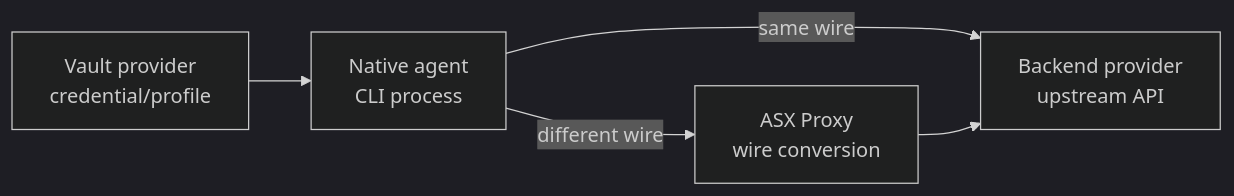
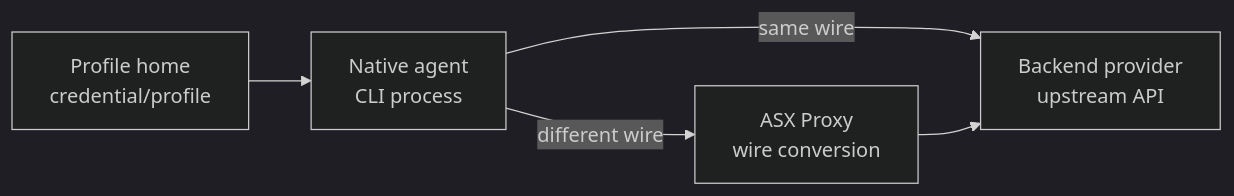
The first of 2 diagrams in docs/ADDING_AGENT_OR_PROVIDER.md (enif-lee/asx), drawn with Mermaid (dark theme) before and after one commit. The commit also changed other lines of this file and 32 other files, not shown here.

````diff
--- a/docs/ADDING_AGENT_OR_PROVIDER.md
+++ b/docs/ADDING_AGENT_OR_PROVIDER.md
@@ -7,11 +7,11 @@
 ```mermaid
 flowchart LR
-  Vault["Vault provider<br/>credential/profile"]
+  Profile["Profile home<br/>credential/profile"]
   Agent["Native agent<br/>CLI process"]
   Backend["Backend provider<br/>upstream API"]
   Proxy["ASX Proxy<br/>wire conversion"]
 
-  Vault --> Agent
+  Profile --> Agent
   Agent -- "same wire" --> Backend
   Agent -- "different wire" --> Proxy --> Backend
 ```
````
